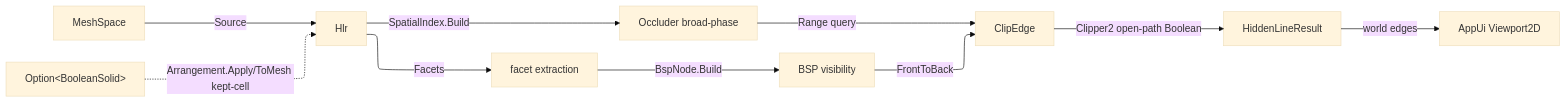
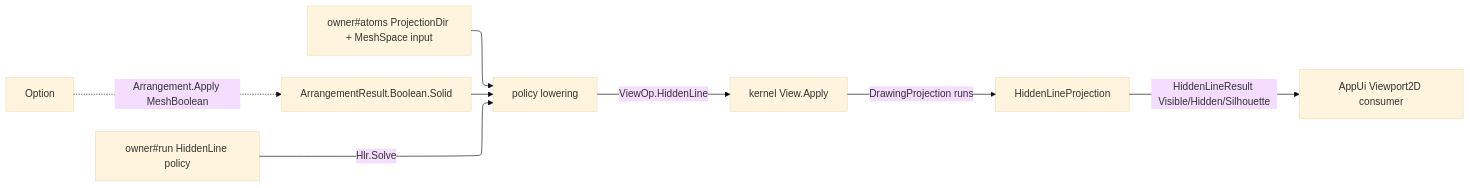
The diagram in libs/csharp/Rasm.Fabrication/.planning/Documentation/projection.md (bsamiee/Rasm), drawn with Mermaid before and after one commit. The commit also changed other lines of this file and 181 other files, not shown here.

````diff
--- a/libs/csharp/Rasm.Fabrication/.planning/Documentation/projection.md
+++ b/libs/csharp/Rasm.Fabrication/.planning/Documentation/projection.md
@@ -152,17 +71,15 @@
 ```mermaid
 ---
 config:
   layout: elk
   theme: base
 ---
 flowchart LR
-    MeshSpace["MeshSpace"] -->|Source| Hlr["Hlr"]
-    Watertight["Option&lt;BooleanSolid&gt;"] -.->|"Arrangement.Apply/ToMesh kept-cell"| Hlr
-    Hlr -->|Facets| BSP0["facet extraction"]
-    BSP0 -->|BspNode.Build| BSP["BSP visibility"]
-    Hlr -->|SpatialIndex.Build| Broad["Occluder broad-phase"]
-    BSP -->|FrontToBack| ClipEdge["ClipEdge"]
-    Broad -->|Range query| ClipEdge
-    ClipEdge -->|Clipper2 open-path Boolean| HiddenLineResult["HiddenLineResult"]
-    HiddenLineResult -->|world edges| Viewport2D["AppUi Viewport2D"]
+    OwnerRun["owner#run HiddenLine policy"] -->|"Hlr.Solve"| Lower["policy lowering"]
+    Atoms["owner#atoms ProjectionDir + MeshSpace input"] --> Lower
+    Watertight["Option<BooleanSolid>"] -.->|"Arrangement.Apply MeshBoolean"| Arrangement["ArrangementResult.Boolean.Solid"]
+    Arrangement --> Lower
+    Lower -->|"ViewOp.HiddenLine"| ViewApply["kernel View.Apply"]
+    ViewApply -->|"DrawingProjection runs"| Adapter["HiddenLineProjection"]
+    Adapter -->|"HiddenLineResult Visible/Hidden/Silhouette"| AppUi["AppUi Viewport2D consumer"]
 ```
````
